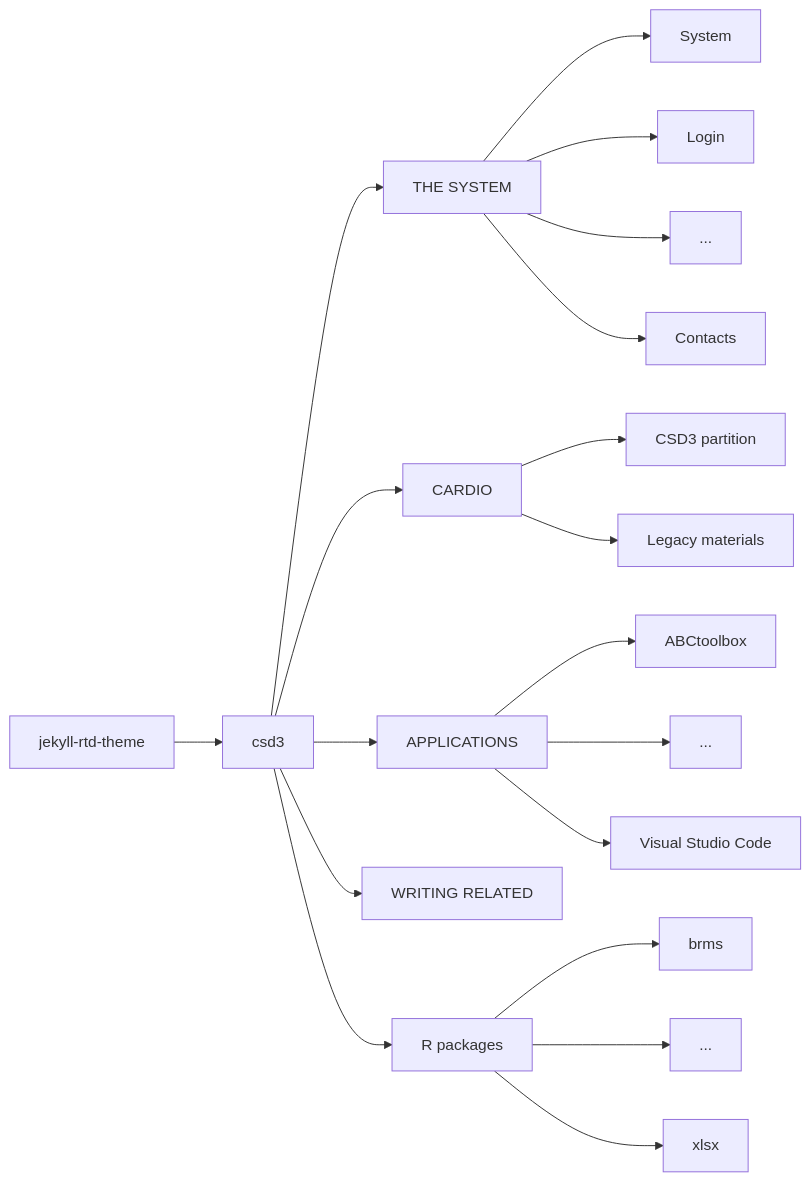
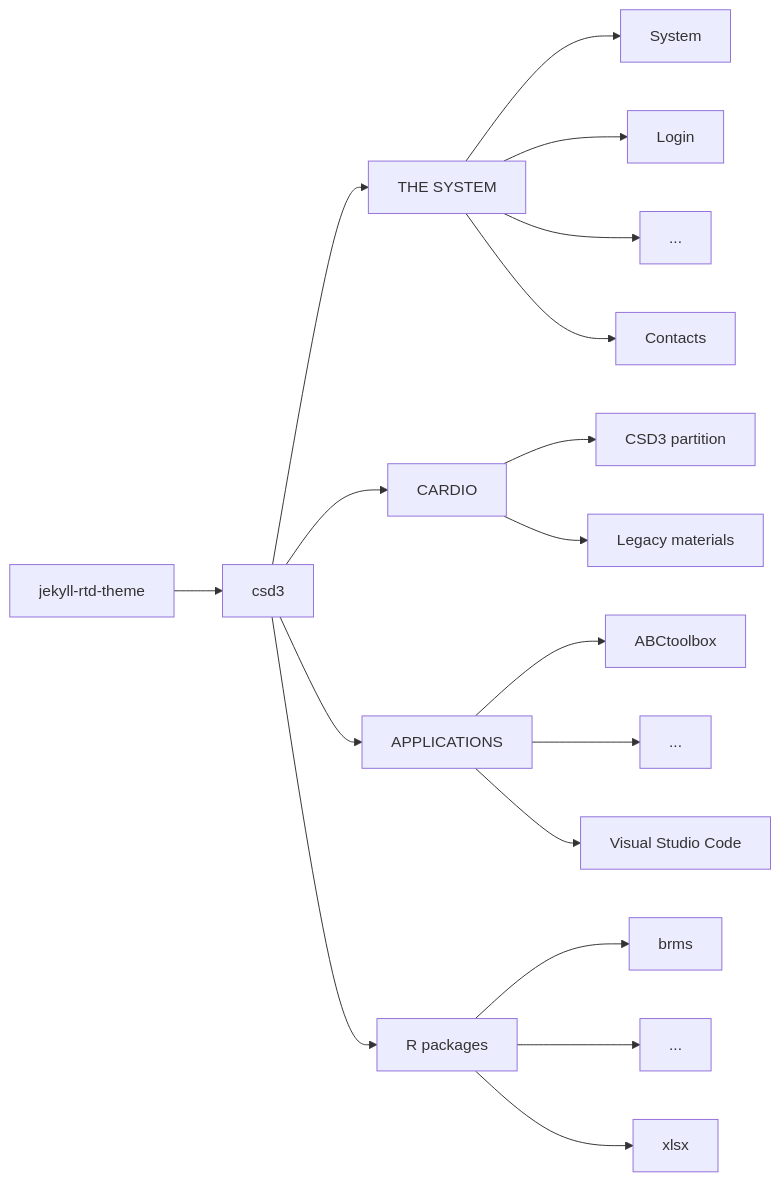
One commit to cambridge-ceu/csd3 changed the diagram in README.md. Above: the diagram before and after it, drawn with Mermaid.

Commit message:
README.md

````diff
--- a/README.md
+++ b/README.md
@@ -10,21 +10,20 @@
 ```mermaid
 graph LR;
 jekyll-rtd-theme --> csd3
 csd3 --> system["THE SYSTEM"]
 csd3 --> cardio["CARDIO"]
 csd3 --> applications["APPLICATIONS"]
-csd3 --> wr["WRITING RELATED"]
+csd3 --> R["R packages"]
 system --> System
 system --> Login
 system --> sysdot["..."]
 system --> Contacts
 cardio --> cp["CSD3 partition"]
 cardio --> lm["Legacy materials"]
 applications --> ABCtoolbox
 applications --> appdot["..."]
 applications --> vsc["Visual Studio Code"]
-csd3 --> R["R packages"]
 R --> brms
 R --> Rdot["..."]
 R --> xlsx
 ```
````
